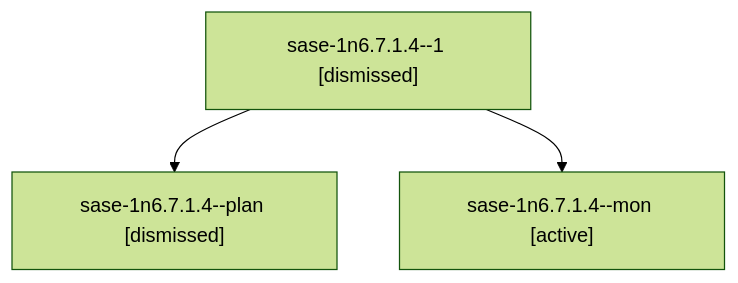
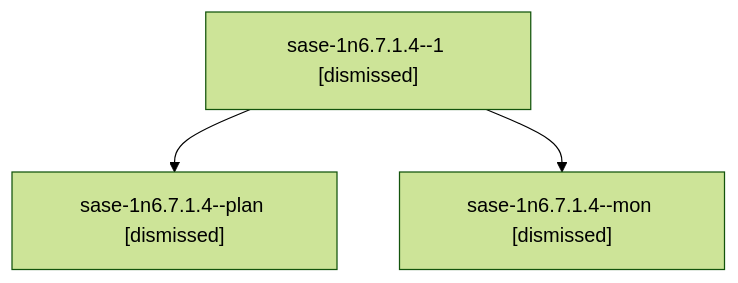
The diagram in sessions/bbugyi200.athena.sase-1n6.7.1.4.md (sase-org/sase--agents), drawn with Mermaid (forest theme) before and after one commit. The commit also changed other lines of this file and 347 other files, not shown here.

````diff
--- a/sessions/bbugyi200.athena.sase-1n6.7.1.4.md
+++ b/sessions/bbugyi200.athena.sase-1n6.7.1.4.md
@@ -9,8 +9,8 @@
 ```mermaid
 flowchart TD
   n0["sase-1n6.7.1.4--1 [dismissed]"]
   n1["sase-1n6.7.1.4--plan [dismissed]"]
   n0 --> n1
-  n2["sase-1n6.7.1.4--mon [active]"]
+  n2["sase-1n6.7.1.4--mon [dismissed]"]
   n0 --> n2
 ```
````
